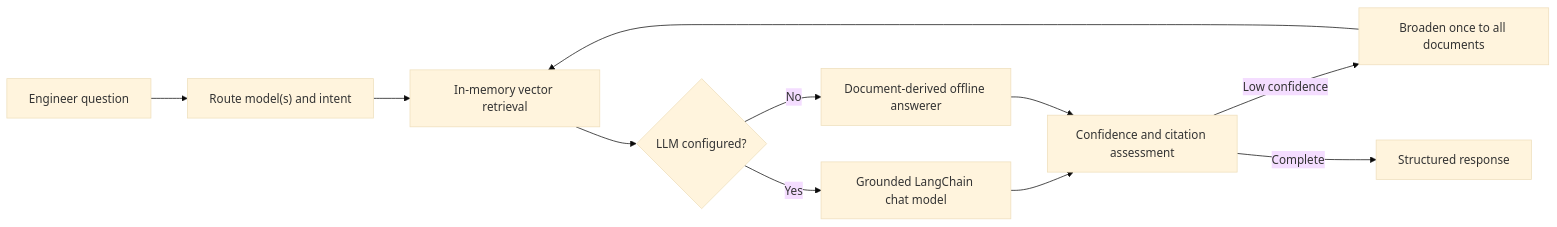
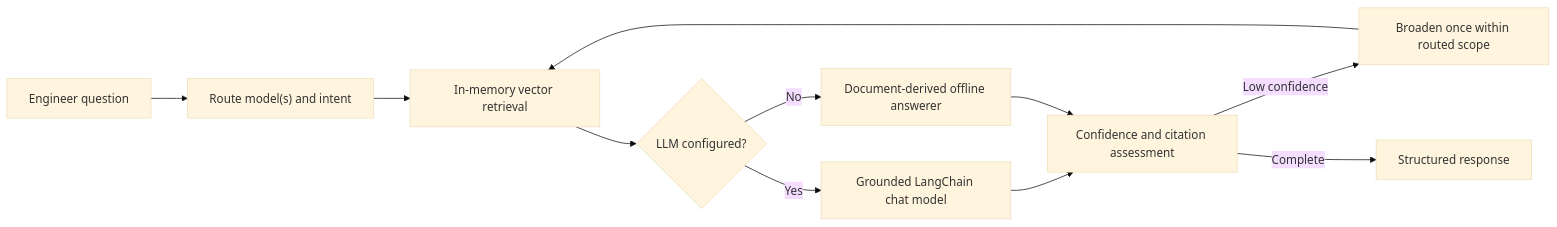
Before and after one commit to joelynli0110/ecu-assistant: the diagram in README.md, drawn with Mermaid (base theme). The commit also changed other lines of this file and 10 other files, not shown here.

````diff
--- a/README.md
+++ b/README.md
@@ -54,13 +54,13 @@
 ```mermaid
 flowchart LR
     Q["Engineer question"] --> R["Route model(s) and intent"]
     R --> V["In-memory vector retrieval"]
     V --> G{"LLM configured?"}
     G -->|Yes| L["Grounded LangChain chat model"]
     G -->|No| F["Document-derived offline answerer"]
     L --> A["Confidence and citation assessment"]
     F --> A
-    A -->|Low confidence| B["Broaden once to all documents"]
+    A -->|Low confidence| B["Broaden once within routed scope"]
     B --> V
     A -->|Complete| O["Structured response"]
 ```
````
